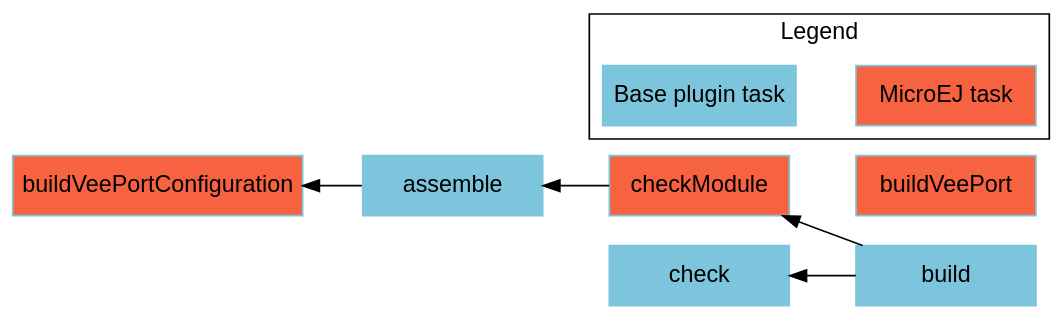
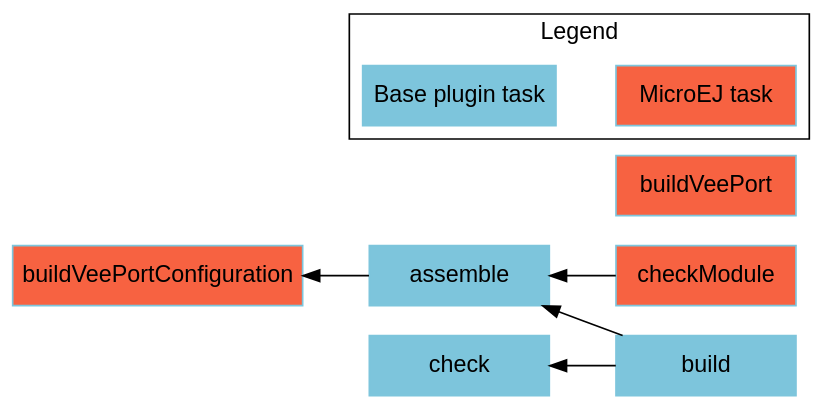
One commit to MicroEJ/docs changed the diagram in SDK6UserGuide/graphVeePortModule.dot. Above: the diagram before and after it, drawn with Graphviz. The commit also changed 5 other files, not shown here.

Commit message:
Update graphviz graphs for sdk6 module natures

```diff
--- a/SDK6UserGuide/graphVeePortModule.dot
+++ b/SDK6UserGuide/graphVeePortModule.dot
@@ -1,28 +1,28 @@
 digraph mygraph {
     rankdir="RL";
     bgcolor="transparent"
     fontname="Helvetica,Arial,sans-serif"
     node [
         shape = box
         width = 1.5
         color = "#7dc5dc"
         style = filled
         fontname="Helvetica,Arial,sans-serif"
     ]
     edge [fontname="Helvetica,Arial,sans-serif"]
     "checkModule" [fillcolor = "#f76241"]
     "buildVeePort" [fillcolor = "#f76241"]
     "buildVeePortConfiguration" [fillcolor = "#f76241"]
     "build" -> "check"
-    "build" -> "checkModule"
+    "build" -> "assemble"
+    "assemble" -> "buildVeePortConfiguration"
     "checkModule" -> "assemble"
-    "assemble" -> "buildVeePortConfiguration"
 
     subgraph cluster_legend {
         label="Legend";
         microej [fillcolor="#f76241" label="MicroEJ task"];
         java [fillcolor="#7dc5dc" label="Base plugin task"];
         microej -> java [style=invis];
         java -> microej [style=invis];
     }
 }
```
